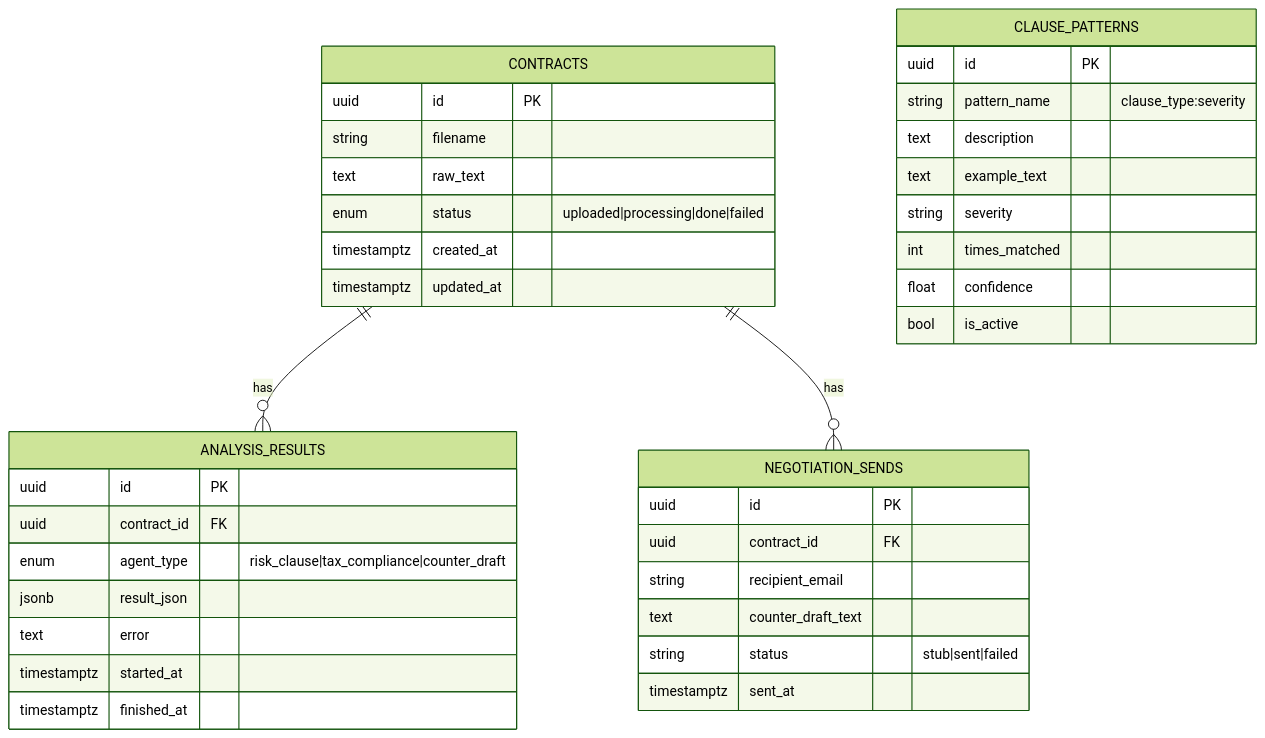
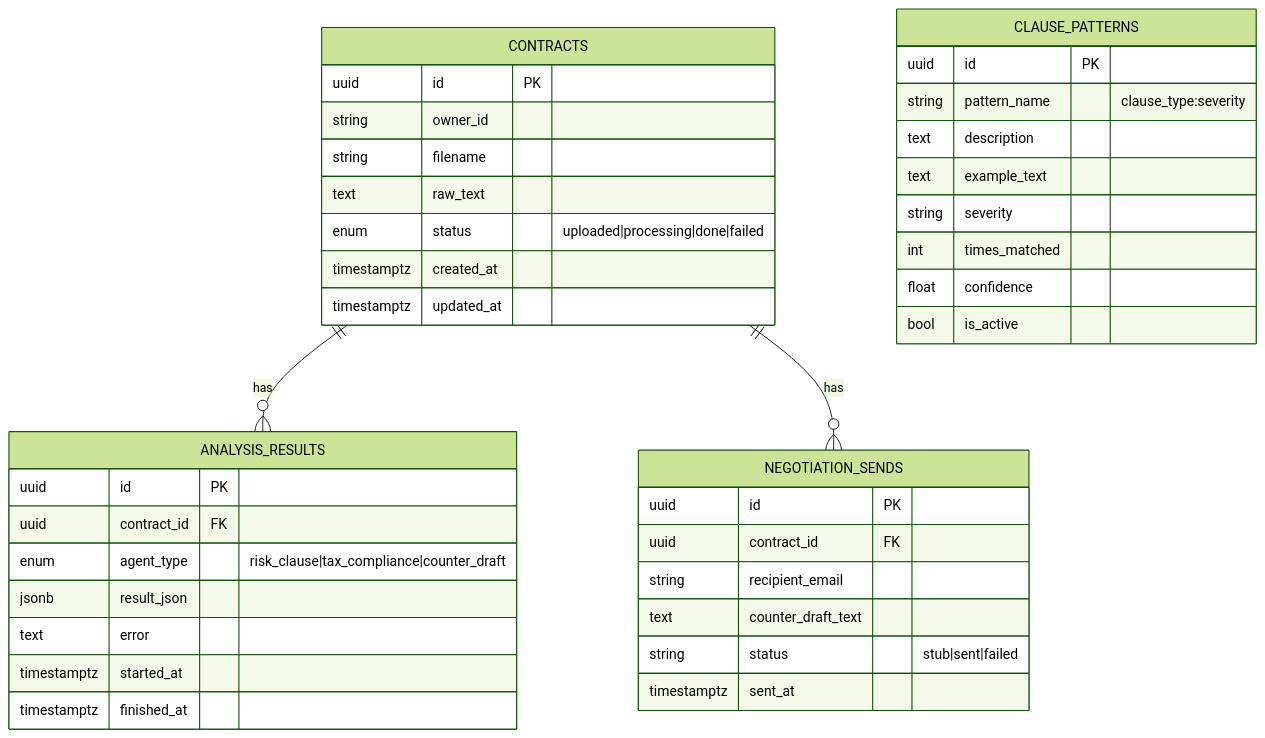
The second of 2 diagrams in .memory/PROJECT_MAPPING.md (bastardchild/legalshield), drawn with Mermaid (forest theme) before and after one commit. The commit also changed other lines of this file and 17 other files, not shown here.

````diff
--- a/.memory/PROJECT_MAPPING.md
+++ b/.memory/PROJECT_MAPPING.md
@@ -173,41 +181,42 @@
 ```mermaid
 erDiagram
     CONTRACTS ||--o{ ANALYSIS_RESULTS : has
     CONTRACTS ||--o{ NEGOTIATION_SENDS : has
     CLAUSE_PATTERNS
     CONTRACTS {
         uuid id PK
+        string owner_id
         string filename
         text raw_text
         enum status "uploaded|processing|done|failed"
         timestamptz created_at
         timestamptz updated_at
     }
     ANALYSIS_RESULTS {
         uuid id PK
         uuid contract_id FK
         enum agent_type "risk_clause|tax_compliance|counter_draft"
         jsonb result_json
         text error
         timestamptz started_at
         timestamptz finished_at
     }
     CLAUSE_PATTERNS {
         uuid id PK
         string pattern_name "clause_type:severity"
         text description
         text example_text
         string severity
         int times_matched
         float confidence
         bool is_active
     }
     NEGOTIATION_SENDS {
         uuid id PK
         uuid contract_id FK
         string recipient_email
         text counter_draft_text
         string status "stub|sent|failed"
         timestamptz sent_at
     }
 ```
````
